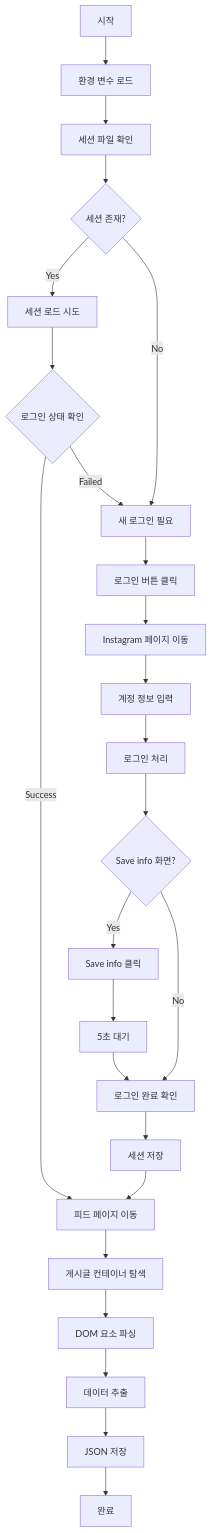
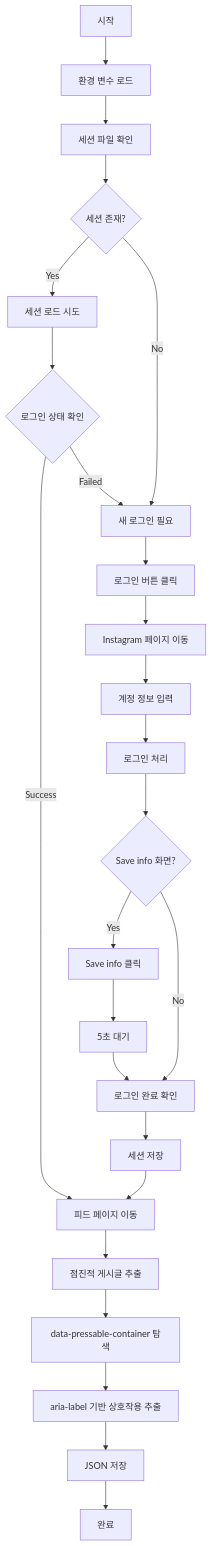
The diagram in .cursor/rules/threads-crawler.mdc (seungwonme/crawl_sns), drawn with Mermaid before and after one commit. The commit also changed other lines of this file and 5 other files, not shown here.

````diff
--- a/.cursor/rules/threads-crawler.mdc
+++ b/.cursor/rules/threads-crawler.mdc
@@ -61,33 +70,33 @@
 ```mermaid
 graph TD
     A[시작] --> B[환경 변수 로드]
     B --> C[세션 파일 확인]
     C --> D{세션 존재?}
 
     D -->|Yes| E[세션 로드 시도]
     D -->|No| F[새 로그인 필요]
 
     E --> G{로그인 상태 확인}
     G -->|Success| H[피드 페이지 이동]
     G -->|Failed| F
 
     F --> I[로그인 버튼 클릭]
     I --> J[Instagram 페이지 이동]
     J --> K[계정 정보 입력]
     K --> L[로그인 처리]
     L --> M{Save info 화면?}
 
     M -->|Yes| N[Save info 클릭]
     M -->|No| O[로그인 완료 확인]
     N --> P[5초 대기]
     P --> O
 
     O --> Q[세션 저장]
     Q --> H
 
-    H --> R[게시글 컨테이너 탐색]
-    R --> S[DOM 요소 파싱]
-    S --> T[데이터 추출]
+    H --> R[점진적 게시글 추출]
+    R --> S[data-pressable-container 탐색]
+    S --> T[aria-label 기반 상호작용 추출]
     T --> U[JSON 저장]
     U --> V[완료]
 ```
````
